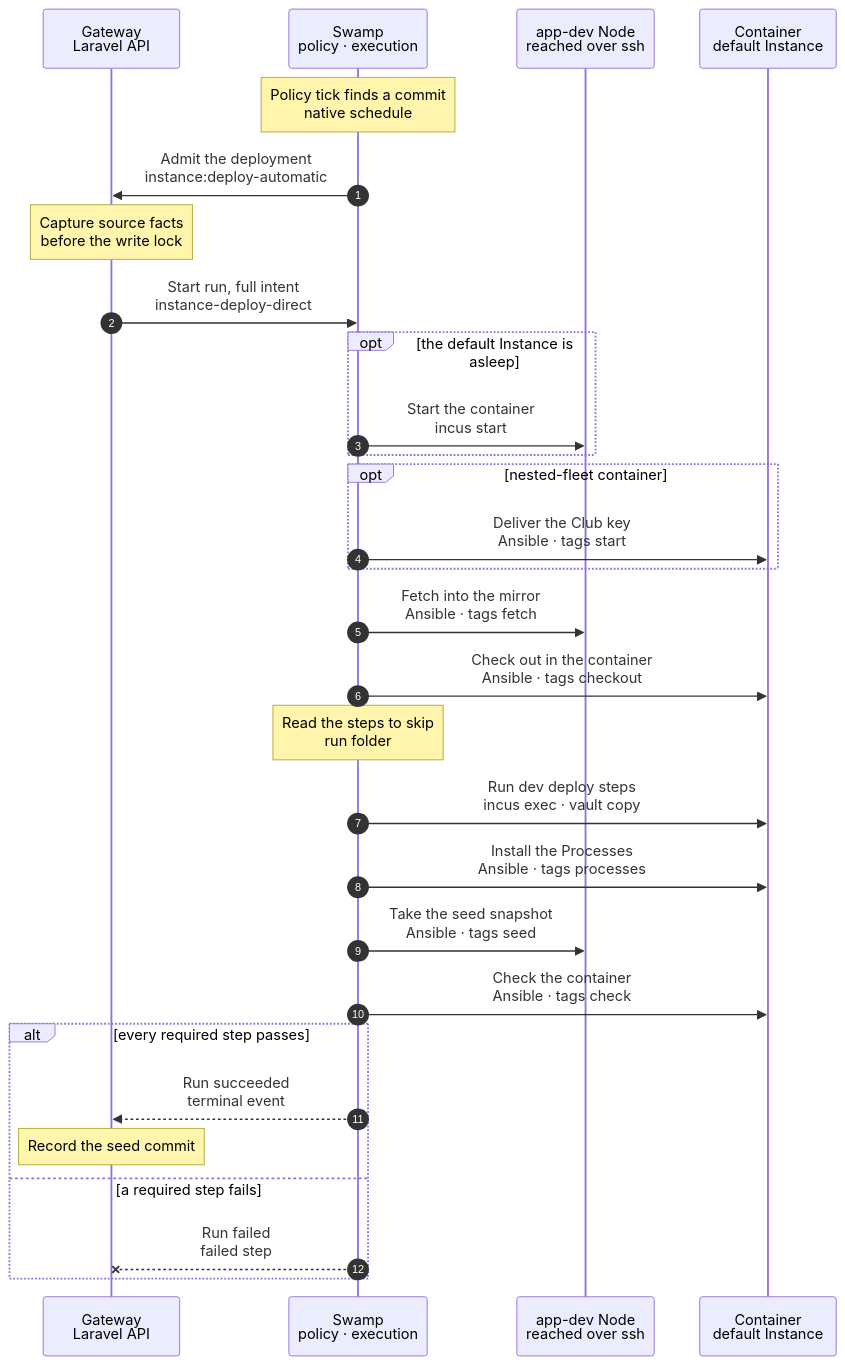
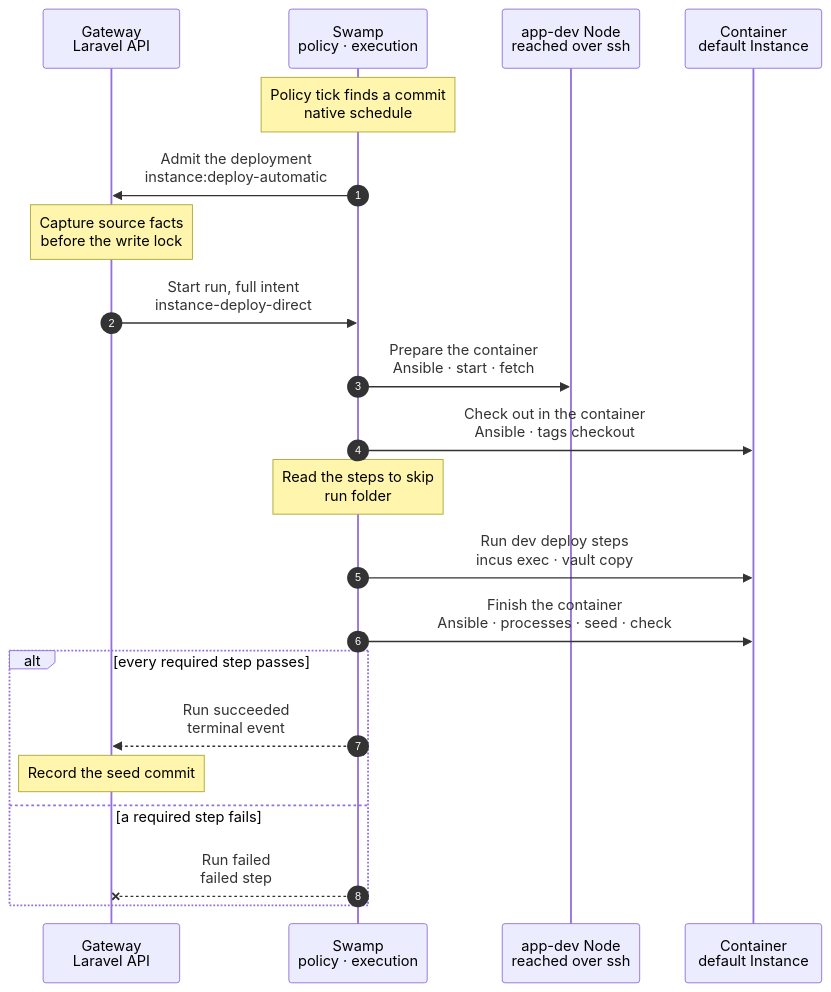
One commit to hardimpactdev/orbit changed the diagram in docs/cli/instance/container/deploy-default.mmd. Above: the diagram before and after it, drawn with Mermaid. The commit also changed 4 other files, not shown here.

First line of the commit message:
docs(instances): merge the container deploy phases into two steps

```diff
--- a/docs/cli/instance/container/deploy-default.mmd
+++ b/docs/cli/instance/container/deploy-default.mmd
@@ -1,83 +1,86 @@
 sequenceDiagram
   %% Target design, container runtime (ADR 0250 step 3, docs/reference/development-containers.md#the-default-instance): the automatic development deployment of docs/reference/deployments.md, in the default Instance's container. Swamp's policy finds the commit when its shared producer is active; the Gateway admits the deployment and records its result. When the charts move into place, this becomes the development branch of the deploy chart. The default of a nested-fleet Project deploys after each Gateway release instead, with its inner fleet: container/fleet-refresh.mmd.
   %% Delivered state, 2026-11-11: the independent development tick (#3331) was reverted. Development auto-deploy stays in the shared automatic-deploy producer and depends on its policy setting. A Gateway release does not deploy development defaults. A clone starts at the last successfully deployed seed; instance:deploy on the container default explicitly refreshes it. The independent container-default policy remains the target.
   %% status: draft
   %% command: none · automatic deployment policy
   %% kind: instance.deploy
   autonumber
   %% lane GW icon=gateway pill=intent tone=blue
   %% lane SW icon=workflow pill=executes tone=green
   %% lane N icon=server pill=target tone=amber
   %% lane C icon=server pill=target tone=purple
   participant GW as Gateway<br/>Laravel API
   participant SW as Swamp<br/>policy · execution
   participant N as app-dev Node<br/>reached over ssh
   participant C as Container<br/>default Instance
   Note over SW: Policy tick finds a commit<br/>native schedule
   %%> What it does:
   %%> - Swamp's automatic deployment policy reads the default branch head and the checks, as it does today; it owns discovery, backoff and the retry limit
   SW->>GW: Admit the deployment<br/>instance:deploy-automatic
   %%> What it does:
   %%> - the Gateway admits `instance.deploy` for that exact commit, with the Instance lock and a repository read token in the vault
   Note over GW: Capture source facts<br/>before the write lock
   %%> What it does:
   %%> - reads before the write transaction; admission rechecks eligibility, source configuration and idempotency before recording facts; see /reference/deployments#container-source-facts
   %%> - refuses admission when capture or source classification fails
   GW->>SW: Start run, full intent<br/>instance-deploy-direct
-  opt the default Instance is asleep
-    SW->>N: Start the container<br/>incus start
-  end
-  %%> - the start waits only for the units the container's boot starts: FrankenPHP and the enabled Process units; a new or newly running Process is the next step's work
-  opt nested-fleet container
-    SW->>C: Deliver the Club key<br/>Ansible · tags start
-    %%> What it does:
-    %%> - pipelined module stdin into the container's /run (a tmpfs, never a snapshot), before any check of the inner fleet
-    %%> - the result's `nested_fleet_club_key` is what this write did (`written`, `written_serve_not_restarted`, `unchanged`, `refused`); without a vault copy it says `missing`
-  end
-  SW->>N: Fetch into the mirror<br/>Ansible · tags fetch
+  SW->>N: Prepare the container<br/>Ansible · start · fetch
   %%> What it does:
-  %%> - fetches into the Node's mirror and pushes the branch into the container as a bundle; the token never enters the container
+  %%> - one play runs the phases `start` and `fetch`, in this order; a nested-fleet default runs its fleet check and first seed between them: container/fleet-refresh.mmd
+  %%> - `start`: starts a stopped (asleep) default container; the start waits only for the units the container's boot starts: FrankenPHP and the enabled Process units; a new or newly running Process is the work of `processes`
+  %%> - `start` of a nested-fleet container also delivers the Club key: pipelined module stdin into the container's /run (a tmpfs, never a snapshot), before any check of the inner fleet; the result's `nested_fleet_club_key` is what this write did (`written`, `written_serve_not_restarted`, `unchanged`, `refused`); without a vault copy it says `missing`
+  %%> - `fetch`: fetches into the Node's mirror and pushes the branch into the container as a bundle; the token never enters the container
   %%> - the bundle holds only what the workspace lacks: its prerequisite is the newest commit the branch shares with the workspace's HEAD, or the tip's parent when the workspace already holds the tip; a workspace whose HEAD the mirror does not hold (local commits) or that has none (a first deploy) gets the whole branch; the checkout sees the same refs as with the whole branch, so its refusals stay as they are
   %%> - a pinned commit off the branch's first-parent chain refuses `deployment.commit_not_on_branch`
+  %%> Why one step:
+  %%> - neither phase changes the workspace, so they share their failure handling: nothing is restored
+  %%> - one play instead of two saves one Ansible start, about 2.5 s
+  %%> On failure:
+  %%> - the code names the failed phase, such as `instance.container_start_failed` or `instance.container_fetch_failed`; a failed `start` leaves the container's power state as it was
   SW->>C: Check out in the container<br/>Ansible · tags checkout
   %%> What it does:
   %%> - the same checks as a checkout default: a dirty tree refuses `deployment.checkout_dirty`, a diverged branch `deployment.branch_diverged`
   Note over SW: Read the steps to skip<br/>run folder
   %%> What it does:
   %%> - reads the names the checkout found unchanged; only a deployment with a step that has `inputs` runs it
   SW->>C: Run dev deploy steps<br/>incus exec · vault copy
   %%> What it does:
   %%> - the Project's development deploy steps, as `orbit`: they install changed dependencies and migrate
   %%> - a step with `inputs` runs only when they or its command changed since its last passed run in this workspace: the checkout compares the Git object IDs of its inputs at the commit and its command's digest with the step's record in `.git/orbit-deploy-steps`, and the step's guard skips it when they match; a passed step records them; a step without `inputs` always runs
   %%> Why:
   %%> - most releases change no lock file: an install that finds nothing to do still costs its tool's start, its autoload and its scripts, about 4 s a step
-  SW->>C: Install the Processes<br/>Ansible · tags processes
+  SW->>C: Finish the container<br/>Ansible · processes · seed · check
   %%> What it does:
+  %%> - one play runs the phases `processes`, `seed` and `check`, in this order; a nested-fleet default refreshes its fleet between `processes` and `seed`: container/fleet-refresh.mmd
+  %%> - the handlers a phase notifies run before the next phase starts, as with separate plays
+  %%> Phase processes:
   %%> - installs the Project's new and changed development Process definitions as `orbit-*` units, with their environment files from the vault
   %%> - restarts a changed unit and removes a former environment file
   %%> - removes the unit and environment folder of a Process whose definition the Project removed; admission marked its record `removing`
   %%> - enables and starts each running unit and waits for it; a unit that does not become active fails with its name in the detail, and only its Process is recorded failed
-  SW->>N: Take the seed snapshot<br/>Ansible · tags seed
+  %%> Phase seed:
   %%> - prepares a Node/Vite default’s private Node store as orbit before the existing snapshot stop/start boundary; this conversion itself never restarts a Process
   %%> - a converted store requires a new seed even at the same commit, so clones inherit it; older seeds remain slower but correct until the explicit deploy refreshes them
-  %%> What it does:
   %%> - stops the default's Processes for a moment, snapshots the container and starts them again, so clones copy no half-written file
   %%> - every passed deployment retakes `seed-<commit>`, also at the same commit, so a clone copies the default's current caches and built files
   %%> - deletes older seed snapshots that no clone uses
   %%> - a default with an inner volume: the volume's snapshot of the same name is the other half of the seed; it is taken right after the container's, retaken when it is missing, and the older halves go only after both new halves exist. Right before the volume's half, `sync -f /srv/inner-pool` as root in the container commits btrfs, so the snapshot holds what the fleet wrote; a failed flush or volume snapshot deletes the new halves and fails with `instance.seed_volume_flush_failed` or `instance.seed_volume_snapshot_failed`; the old pair stays
   %%> - while the deployment is open, a clone of the default refuses `instance.default_seed_in_flight`, so no copy reads one half before the retake and the other after it
   %%> - starting the units again restarts every running Process on the new commit, such as a queue worker
-  SW->>C: Check the container<br/>Ansible · tags check
-  %%> What it does:
+  %%> Phase check:
   %%> - the branch is checked out at the commit and the units are active, else `deployment.branch_changed` or `deployment.processes_inactive`
+  %%> Why one step:
+  %%> - all three run after the checkout and share their failure handling; one play instead of three saves two Ansible starts, about 5 s
+  %%> On failure:
+  %%> - the code names the failed phase, such as `instance.container_processes_failed`, or is the phase's own refusal
   alt every required step passes
     SW-->>GW: Run succeeded<br/>terminal event
     Note over GW: Record the seed commit
     %%> Result:
     %%> - deletes the Processes marked `removing` and names them in `processes_removed`
     %%> - new clones start at this snapshot; existing clones do not change
   else a required step fails
     SW--xGW: Run failed<br/>failed step
     %%> Result:
     %%> - no new seed snapshot is taken, so clones keep starting at the last commit that deployed; Swamp's policy retries after its backoff
   end
```
